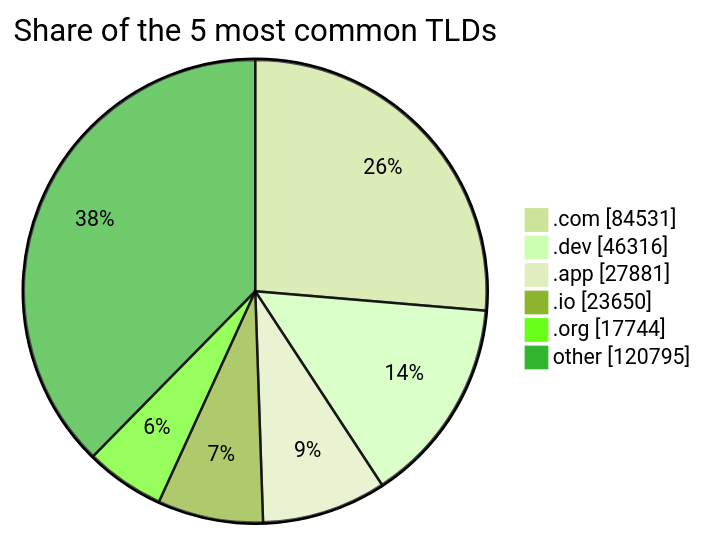
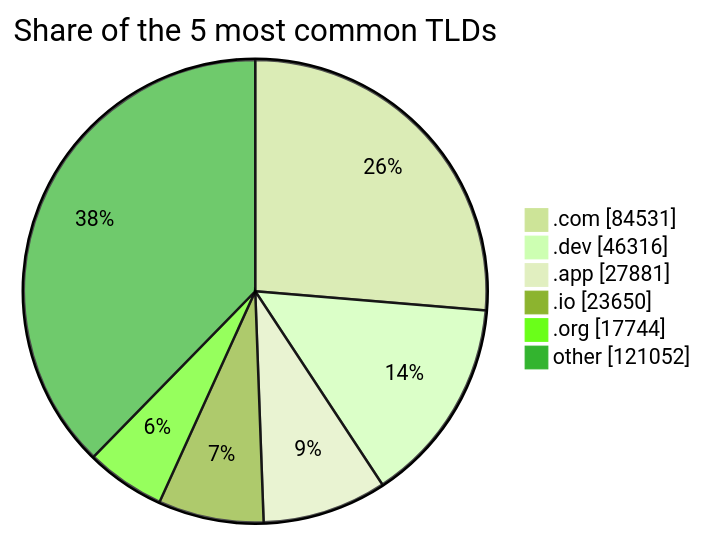
Before and after one commit to DNSBunker/CTI: the third of 3 diagrams in README.md, drawn with Mermaid (forest theme). The commit also changed other lines of this file and 3 other files, not shown here.

````diff
--- a/README.md
+++ b/README.md
@@ -81,9 +81,9 @@
 ```mermaid
 pie showData title Share of the 5 most common TLDs
     ".com" : 84531
     ".dev" : 46316
     ".app" : 27881
     ".io" : 23650
     ".org" : 17744
-    "other" : 120795
+    "other" : 121052
 ```
````
